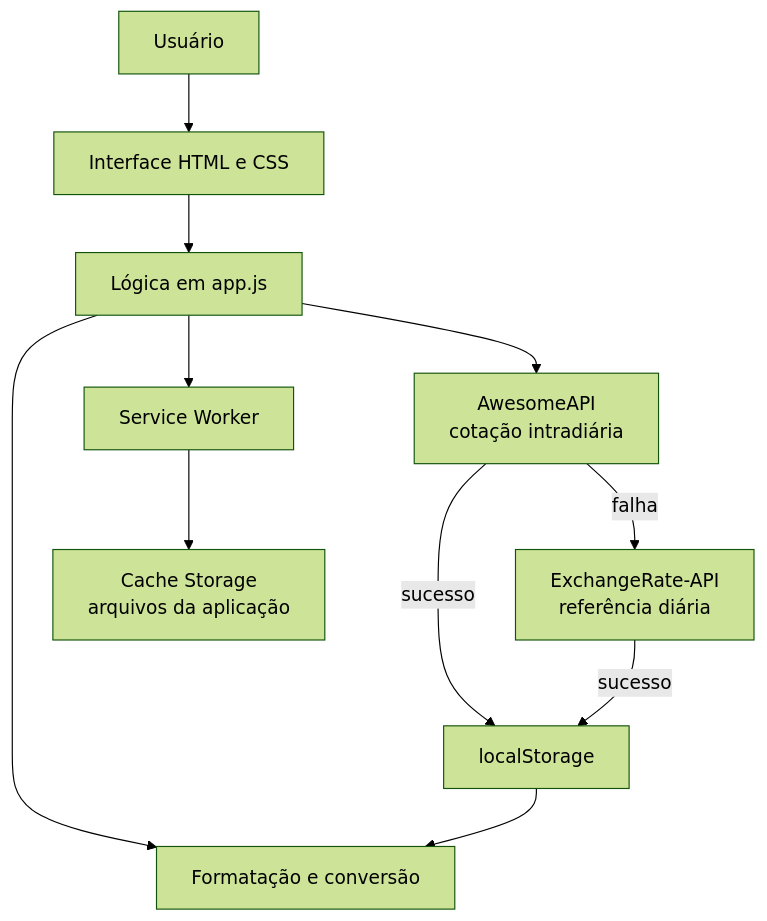
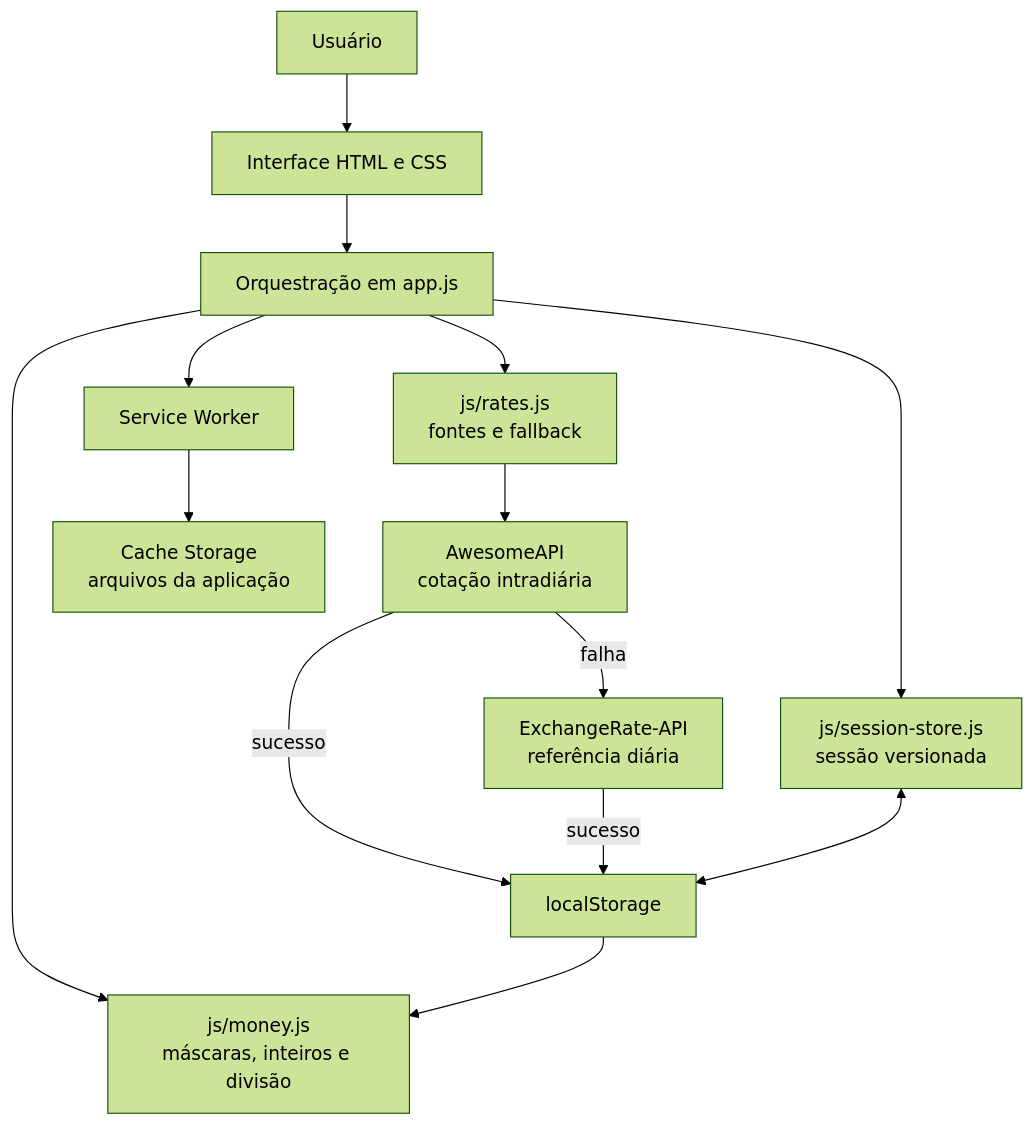
The diagram in README.md (rgjuni0r/conversor-clp-brl), drawn with Mermaid (forest theme) before and after one commit. The commit also changed other lines of this file and 13 other files, not shown here.

````diff
--- a/README.md
+++ b/README.md
@@ -56,13 +70,16 @@
 ```mermaid
 flowchart TD
     U[Usuário] --> UI[Interface HTML e CSS]
-    UI --> APP[Lógica em app.js]
-    APP --> CALC[Formatação e conversão]
-    APP --> PRIMARY[AwesomeAPI<br/>cotação intradiária]
+    UI --> APP[Orquestração em app.js]
+    APP --> MONEY[js/money.js<br/>máscaras, inteiros e divisão]
+    APP --> SESSION[js/session-store.js<br/>sessão versionada]
+    APP --> RATES[js/rates.js<br/>fontes e fallback]
+    RATES --> PRIMARY[AwesomeAPI<br/>cotação intradiária]
     PRIMARY -->|sucesso| STORE[localStorage]
     PRIMARY -->|falha| FALLBACK[ExchangeRate-API<br/>referência diária]
     FALLBACK -->|sucesso| STORE
-    STORE --> CALC
+    SESSION <--> STORE
+    STORE --> MONEY
     APP --> SW[Service Worker]
     SW --> CACHE[Cache Storage<br/>arquivos da aplicação]
 ```
````
